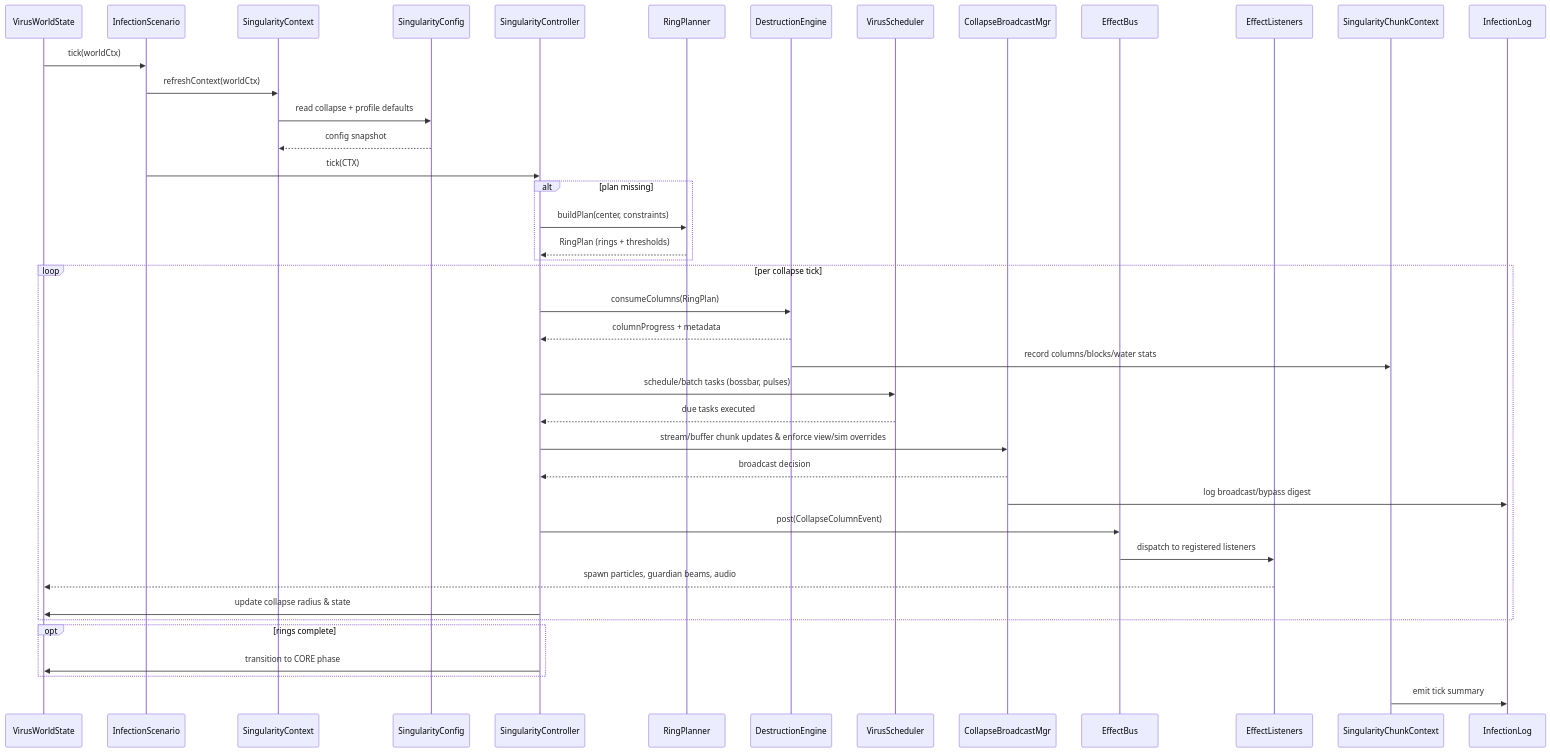
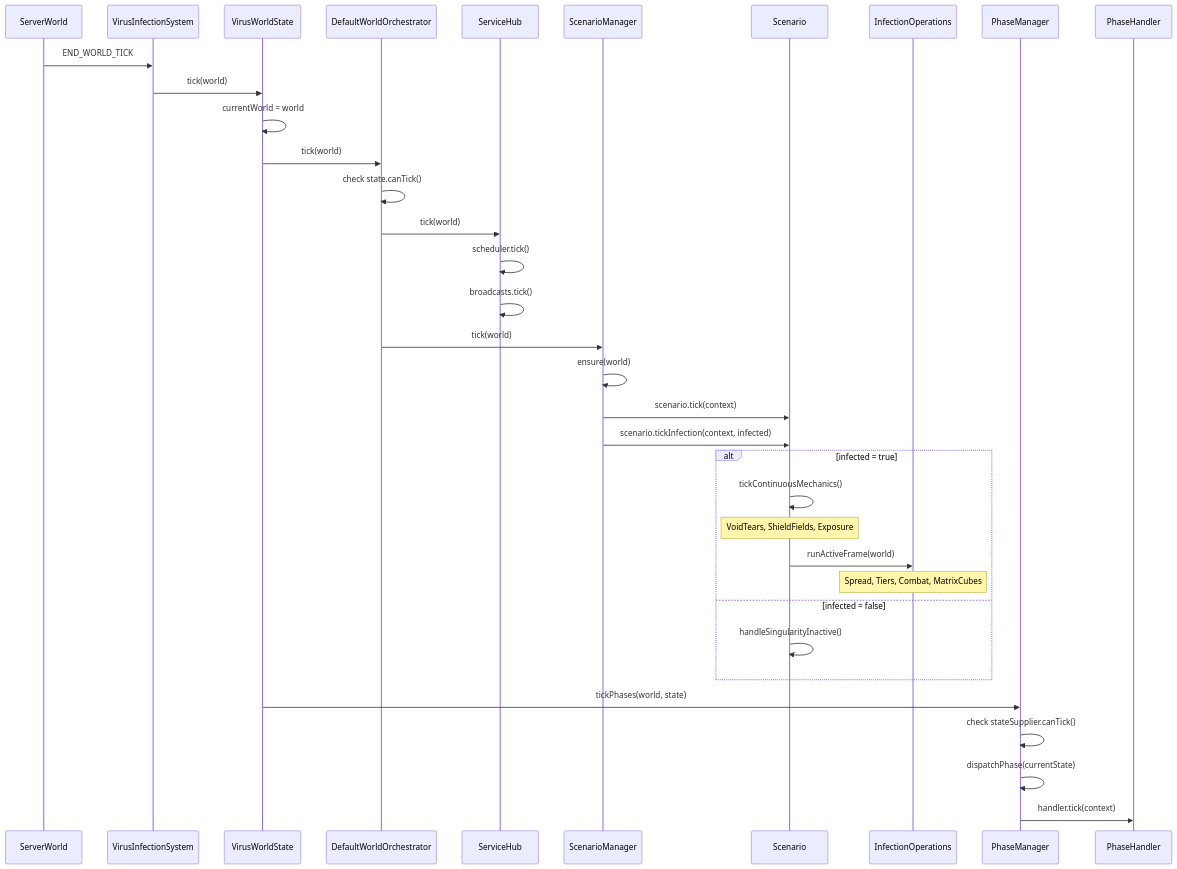
Before and after one commit to cyberpunk042/the-virus-block-template-1.21.6: the third of 4 diagrams in docs/architecture_readme.md, drawn with Mermaid. The commit also changed other lines of this file and 264 other files, not shown here.

````diff
--- a/docs/architecture_readme.md
+++ b/docs/architecture_readme.md
@@ -157,44 +483,42 @@
 ```mermaid
 sequenceDiagram
+    participant World as ServerWorld
+    participant VIS as VirusInfectionSystem
     participant VWS as VirusWorldState
-    participant SCN as InfectionScenario
-    participant CTX as SingularityContext
-    participant SCONF as SingularityConfig
-    participant CTRL as SingularityController
-    participant RP as RingPlanner
-    participant DE as DestructionEngine
-    participant VS as VirusScheduler
-    participant BRO as CollapseBroadcastMgr
-    participant EB as EffectBus
-    participant FX as EffectListeners
-    participant SCC as SingularityChunkContext
-    participant LOG as InfectionLog
+    participant ORCH as DefaultWorldOrchestrator
+    participant SH as ServiceHub
+    participant SM as ScenarioManager
+    participant SCEN as Scenario
+    participant IO as InfectionOperations
+    participant PM as PhaseManager
+    participant PH as PhaseHandler
 
-    VWS->>SCN: tick(worldCtx)
-    SCN->>CTX: refreshContext(worldCtx)
-    CTX->>SCONF: read collapse + profile defaults
-    SCONF-->>CTX: config snapshot
-    SCN->>CTRL: tick(CTX)
-    alt plan missing
-        CTRL->>RP: buildPlan(center, constraints)
-        RP-->>CTRL: RingPlan (rings + thresholds)
+    World->>VIS: END_WORLD_TICK
+    VIS->>VWS: tick(world)
+    VWS->>VWS: currentWorld = world
+    VWS->>ORCH: tick(world)
+    
+    ORCH->>ORCH: check state.canTick()
+    ORCH->>SH: tick(world)
+    SH->>SH: scheduler.tick()
+    SH->>SH: broadcasts.tick()
+    
+    ORCH->>SM: tick(world)
+    SM->>SM: ensure(world)
+    SM->>SCEN: scenario.tick(context)
+    SM->>SCEN: scenario.tickInfection(context, infected)
+    
+    alt infected = true
+        SCEN->>SCEN: tickContinuousMechanics()
+        Note over SCEN: VoidTears, ShieldFields, Exposure
+        SCEN->>IO: runActiveFrame(world)
+        Note over IO: Spread, Tiers, Combat, MatrixCubes
+    else infected = false
+        SCEN->>SCEN: handleSingularityInactive()
     end
-    loop per collapse tick
-        CTRL->>DE: consumeColumns(RingPlan)
-        DE-->>CTRL: columnProgress + metadata
-        DE->>SCC: record columns/blocks/water stats
-        CTRL->>VS: schedule/batch tasks (bossbar, pulses)
-        VS-->>CTRL: due tasks executed
-        CTRL->>BRO: stream/buffer chunk updates & enforce view/sim overrides
-        BRO-->>CTRL: broadcast decision
-        BRO->>LOG: log broadcast/bypass digest
-        CTRL->>EB: post(CollapseColumnEvent)
-        EB->>FX: dispatch to registered listeners
-        FX-->>VWS: spawn particles, guardian beams, audio
-        CTRL->>VWS: update collapse radius & state
-    end
-    opt rings complete
-        CTRL->>VWS: transition to CORE phase
-    end
-    SCC->>LOG: emit tick summary
+    
+    VWS->>PM: tickPhases(world, state)
+    PM->>PM: check stateSupplier.canTick()
+    PM->>PM: dispatchPhase(currentState)
+    PM->>PH: handler.tick(context)
 ```
````
